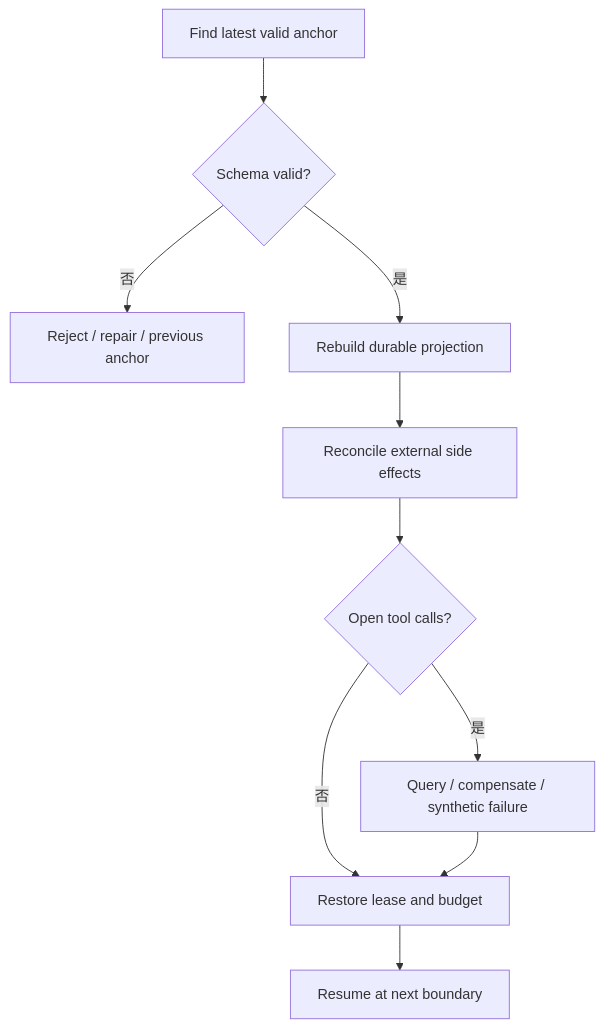
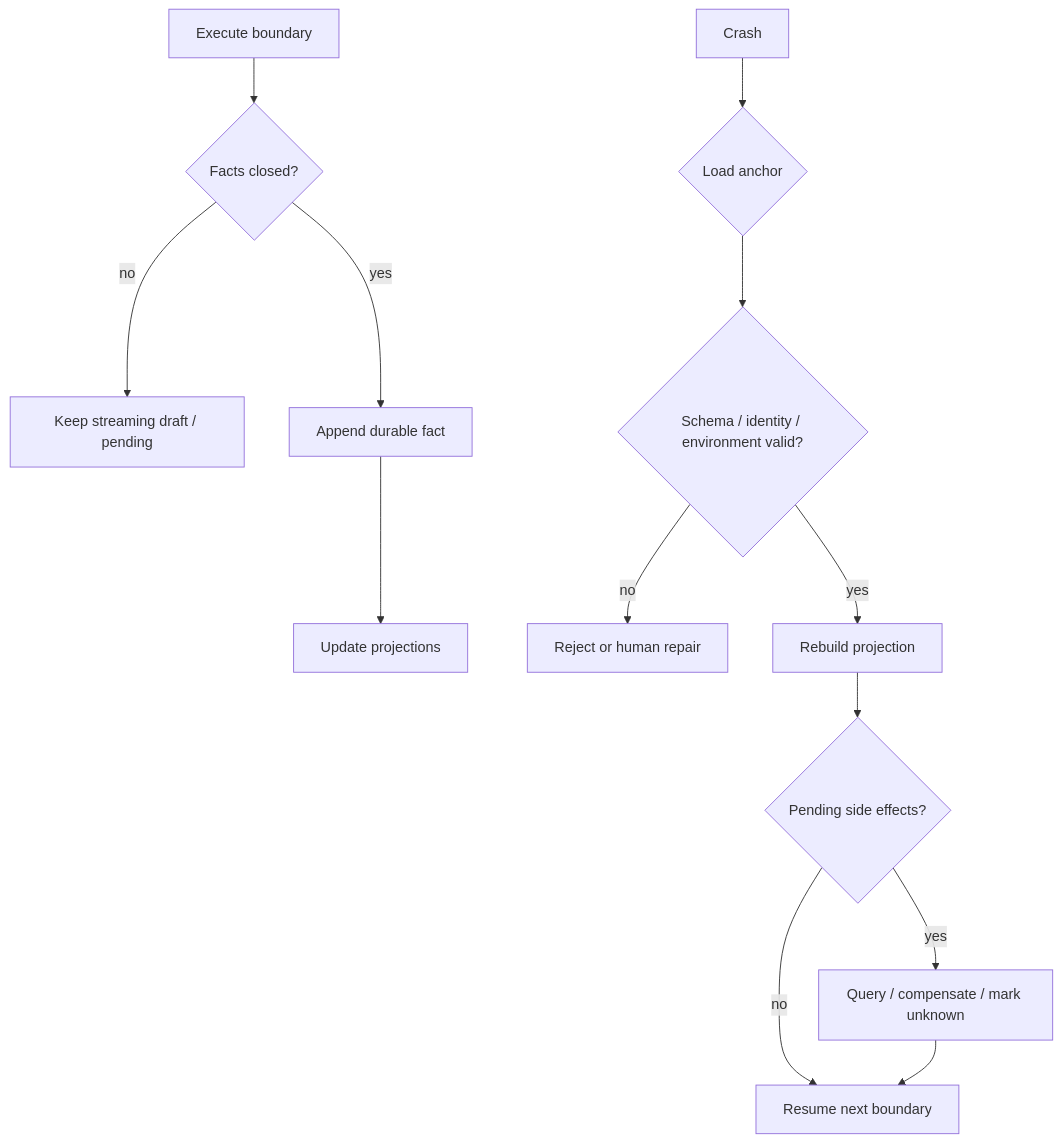
The first of 2 diagrams in tutorial/zh-CN/04-comparisons/persistence.md (xiaoslin9153/awesome-agent-harness-tutorial), drawn with Mermaid before and after one commit. The commit also changed other lines of this file and 4 other files, not shown here.

````diff
--- a/tutorial/zh-CN/04-comparisons/persistence.md
+++ b/tutorial/zh-CN/04-comparisons/persistence.md
@@ -35,12 +60,15 @@
 ```mermaid
 flowchart TD
-  A[Find latest valid anchor] --> B{Schema valid?}
-  B -- 否 --> C[Reject / repair / previous anchor]
-  B -- 是 --> D[Rebuild durable projection]
-  D --> E[Reconcile external side effects]
-  E --> F{Open tool calls?}
-  F -- 是 --> G[Query / compensate / synthetic failure]
-  F -- 否 --> H[Restore lease and budget]
-  G --> H
-  H --> I[Resume at next boundary]
+  A[Execute boundary] --> B{Facts closed?}
+  B -- no --> C[Keep streaming draft / pending]
+  B -- yes --> D[Append durable fact]
+  D --> E[Update projections]
+  F[Crash] --> G{Load anchor}
+  G --> H{Schema / identity / environment valid?}
+  H -- no --> I[Reject or human repair]
+  H -- yes --> J[Rebuild projection]
+  J --> K{Pending side effects?}
+  K -- yes --> L[Query / compensate / mark unknown]
+  K -- no --> M[Resume next boundary]
+  L --> M
 ```
````
